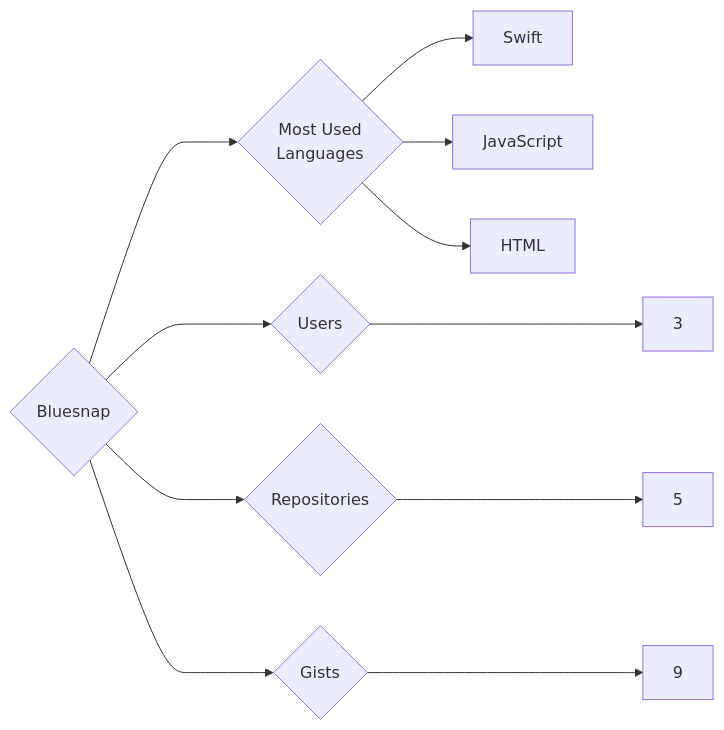
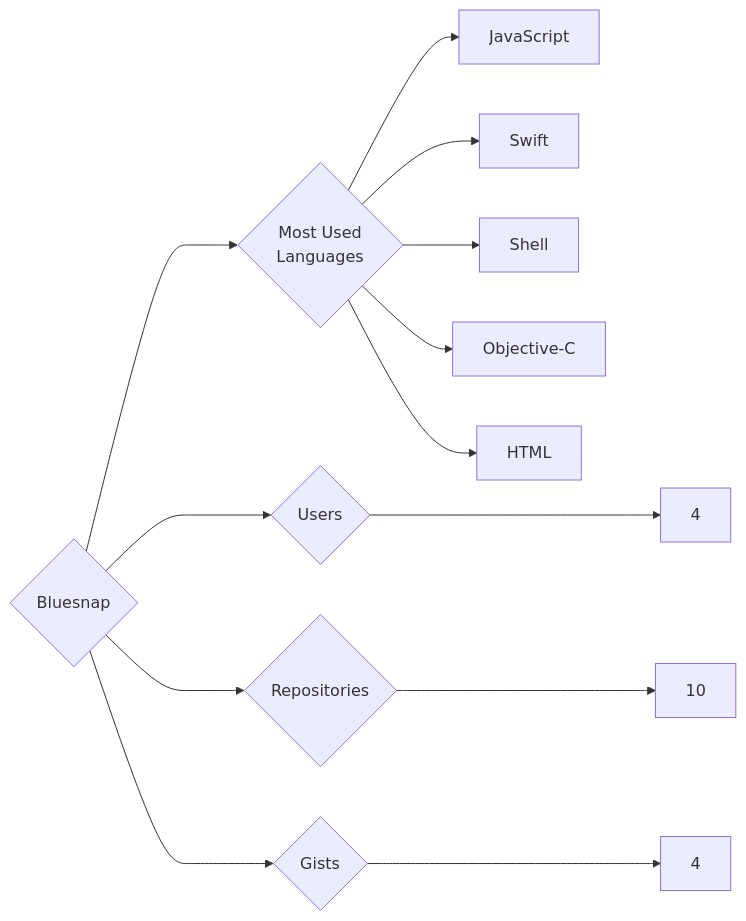
The diagram in targets/Bluesnap/README.md (trickest/insiders), drawn with Mermaid before and after one commit. The commit also changed 1055 other files, not shown here.

````diff
--- a/targets/Bluesnap/README.md
+++ b/targets/Bluesnap/README.md
@@ -3,11 +3,13 @@
 ```mermaid
 graph LR
 COMPANY_NAME{Bluesnap}
-COMPANY_NAME ---> U{Users} ---> UN[3]
-COMPANY_NAME ---> R{Repositories} ---> RN[5]
-COMPANY_NAME ---> G{Gists} ---> GN[9]
+COMPANY_NAME ---> U{Users} ---> UN[4]
+COMPANY_NAME ---> R{Repositories} ---> RN[10]
+COMPANY_NAME ---> G{Gists} ---> GN[4]
 COMPANY_NAME ---> ML{Most Used<br>Languages}
+ML --> JavaScript[JavaScript]
 ML --> Swift[Swift]
-ML --> JavaScript[JavaScript]
+ML --> Shell[Shell]
+ML --> Objective-C[Objective-C]
 ML --> HTML[HTML]
 ```
````
